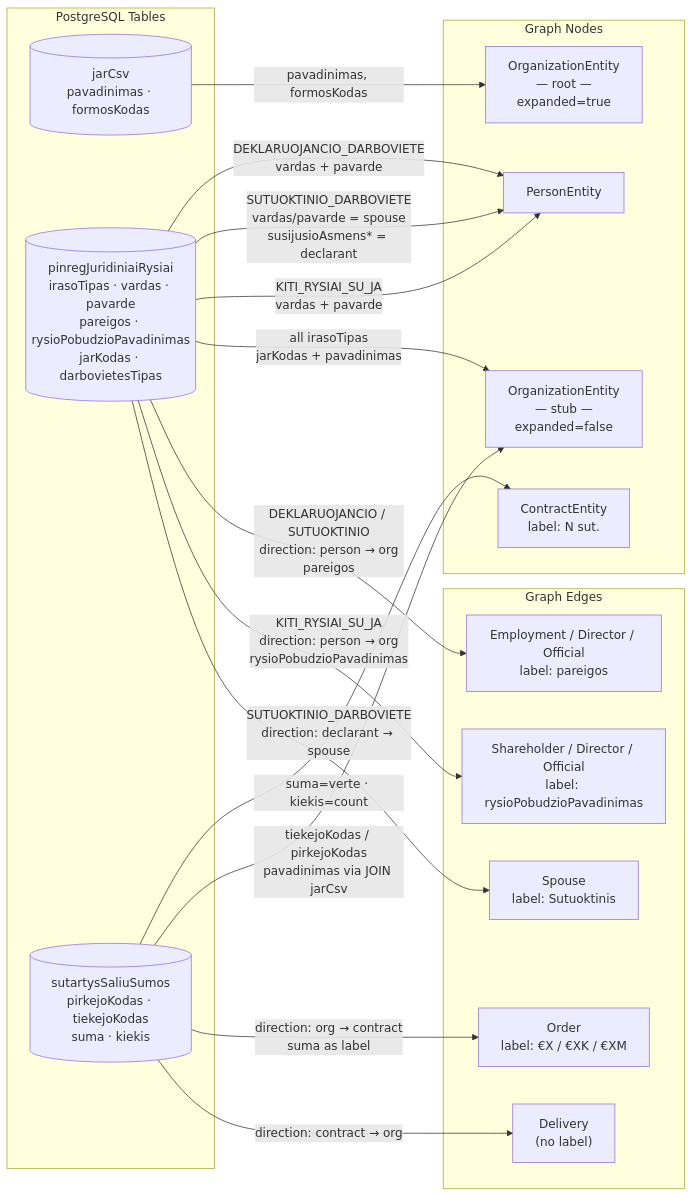
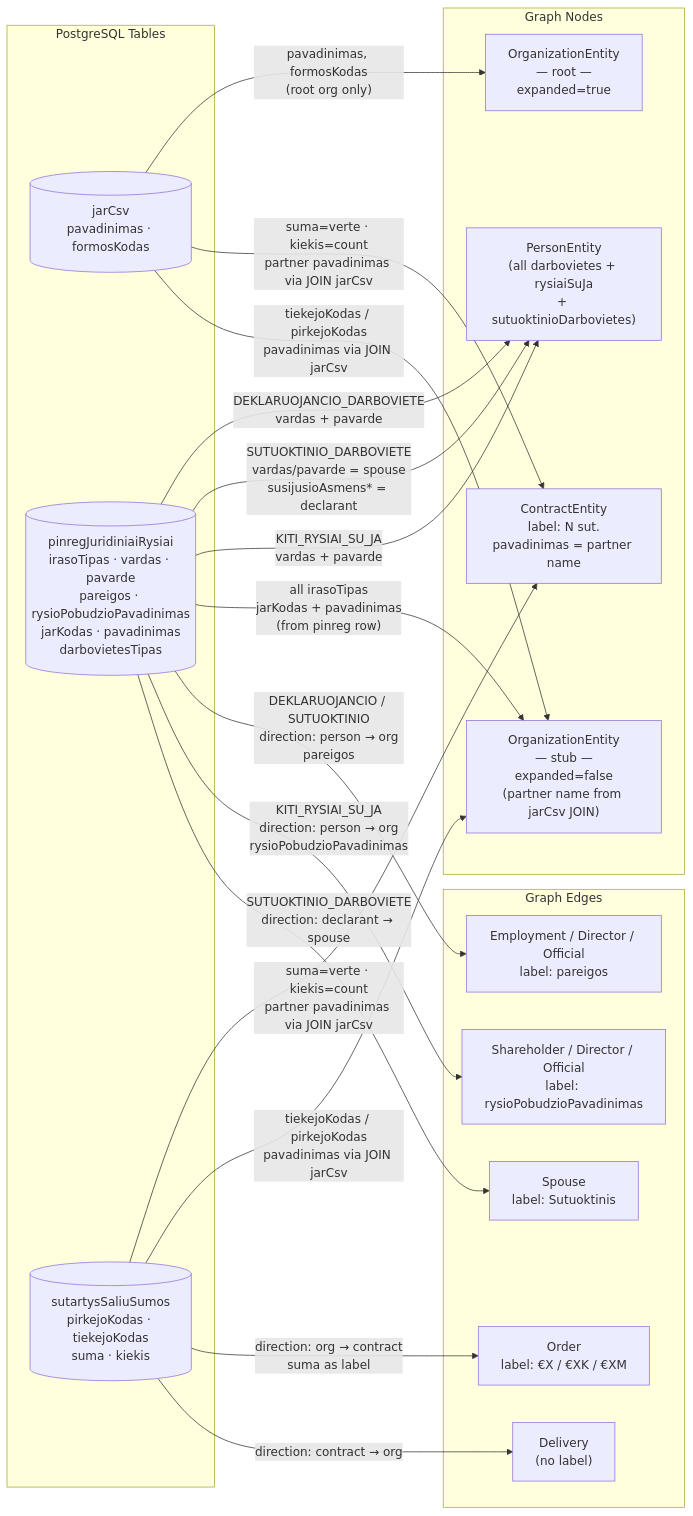
Before and after one commit to Viespirkiu-grupe/viespirkiai: the first of 4 diagrams in docs/VORATINKLIS.md, drawn with Mermaid. The commit also changed other lines of this file, not shown here.

Commit message:
Update VORATINKLIS.md to clarify graph data sources and node expansion logic; enhance descriptions for entity types and their relationships; improve readability of module responsibilities and updated signatures.

````diff
--- a/docs/VORATINKLIS.md
+++ b/docs/VORATINKLIS.md
@@ -80,36 +91,36 @@
 ```mermaid
 flowchart LR
     subgraph DB["PostgreSQL Tables"]
         JC[("jarCsv\npavadinimas · formosKodas")]
-        PR[("pinregJuridiniaiRysiai\nirasoTipas · vardas · pavarde\npareigos · rysioPobudzioPavadinimas\njarKodas · darbovietesTipas")]
+        PR[("pinregJuridiniaiRysiai\nirasoTipas · vardas · pavarde\npareigos · rysioPobudzioPavadinimas\njarKodas · pavadinimas\ndarbovietesTipas")]
         SS[("sutartysSaliuSumos\npirkejoKodas · tiekejoKodas\nsuma · kiekis")]
     end
 
     subgraph GN["Graph Nodes"]
         OE_root["OrganizationEntity\n— root —\nexpanded=true"]
-        OE_stub["OrganizationEntity\n— stub —\nexpanded=false"]
-        PE["PersonEntity"]
-        CE["ContractEntity\nlabel: N sut."]
+        OE_stub["OrganizationEntity\n— stub —\nexpanded=false\n(partner name from jarCsv JOIN)"]
+        PE["PersonEntity\n(all darbovietes + rysiaiSuJa\n+ sutuoktinioDarbovietes)"]
+        CE["ContractEntity\nlabel: N sut.\npavadinimas = partner name"]
     end
 
     subgraph GE["Graph Edges"]
         E1["Employment / Director / Official\nlabel: pareigos"]
         E2["Shareholder / Director / Official\nlabel: rysioPobudzioPavadinimas"]
         E3["Spouse\nlabel: Sutuoktinis"]
         E4["Order\nlabel: €X / €XK / €XM"]
         E5["Delivery\n(no label)"]
     end
 
-    JC -->|" pavadinimas, formosKodas "| OE_root
+    JC -->|" pavadinimas, formosKodas\n(root org only) "| OE_root
     PR -->|" DEKLARUOJANCIO_DARBOVIETE\nvardas + pavarde "| PE
     PR -->|" SUTUOKTINIO_DARBOVIETE\nvardas/pavarde = spouse\nsusijusioAsmens* = declarant "| PE
     PR -->|" KITI_RYSIAI_SU_JA\nvardas + pavarde "| PE
-    PR -->|" all irasoTipas\njarKodas + pavadinimas "| OE_stub
+    PR -->|" all irasoTipas\njarKodas + pavadinimas\n(from pinreg row) "| OE_stub
     PR -->|" DEKLARUOJANCIO / SUTUOKTINIO\ndirection: person → org\npareigos "| E1
     PR -->|" KITI_RYSIAI_SU_JA\ndirection: person → org\nrysioPobudzioPavadinimas "| E2
     PR -->|" SUTUOKTINIO_DARBOVIETE\ndirection: declarant → spouse "| E3
-    SS -->|" suma=verte · kiekis=count "| CE
-    SS -->|" tiekejoKodas / pirkejoKodas\npavadinimas via JOIN jarCsv "| OE_stub
+    SS & JC -->|" suma=verte · kiekis=count\npartner pavadinimas via JOIN jarCsv "| CE
+    SS & JC -->|" tiekejoKodas / pirkejoKodas\npavadinimas via JOIN jarCsv "| OE_stub
     SS -->|" direction: org → contract\nsuma as label "| E4
     SS -->|" direction: contract → org "| E5
 ```
````
